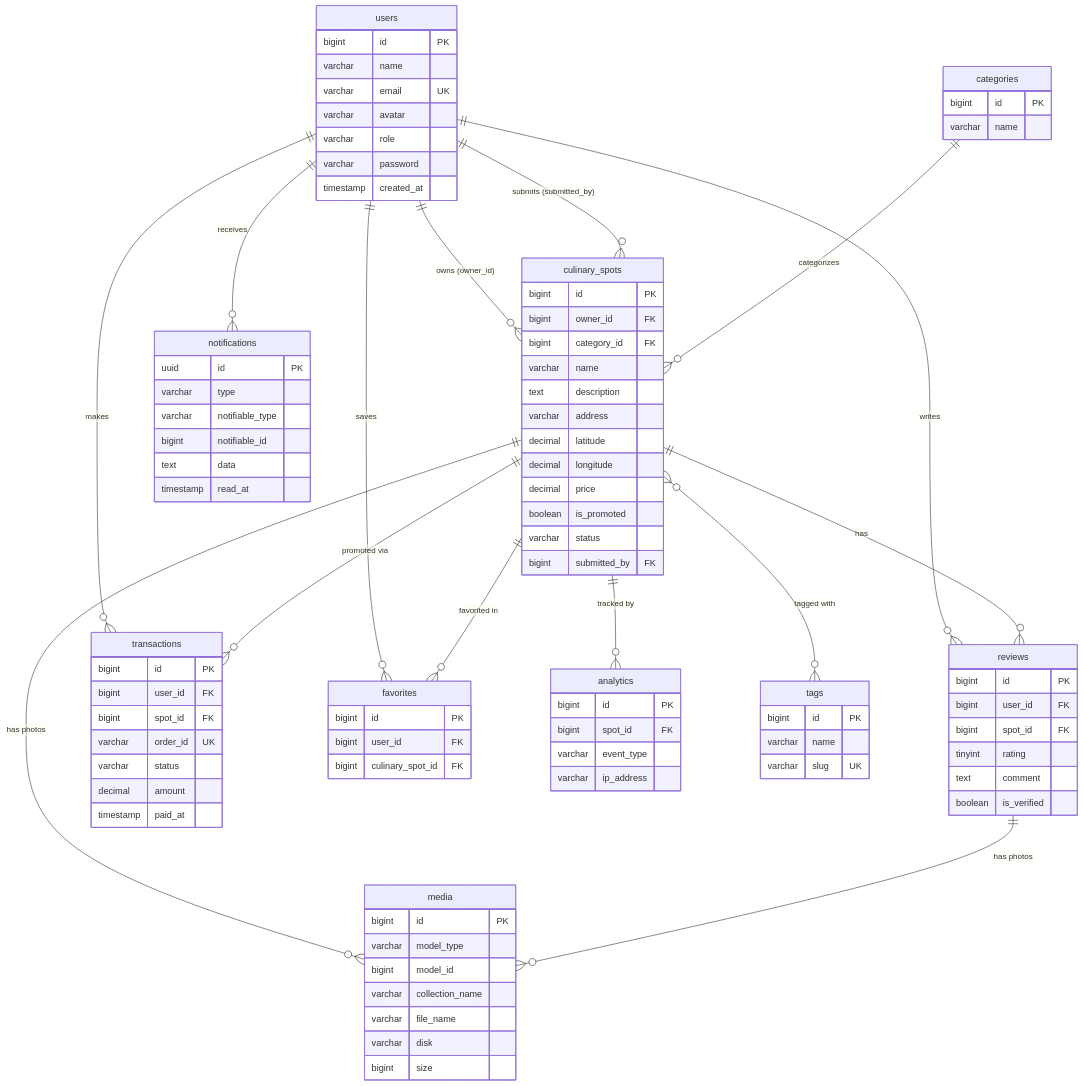
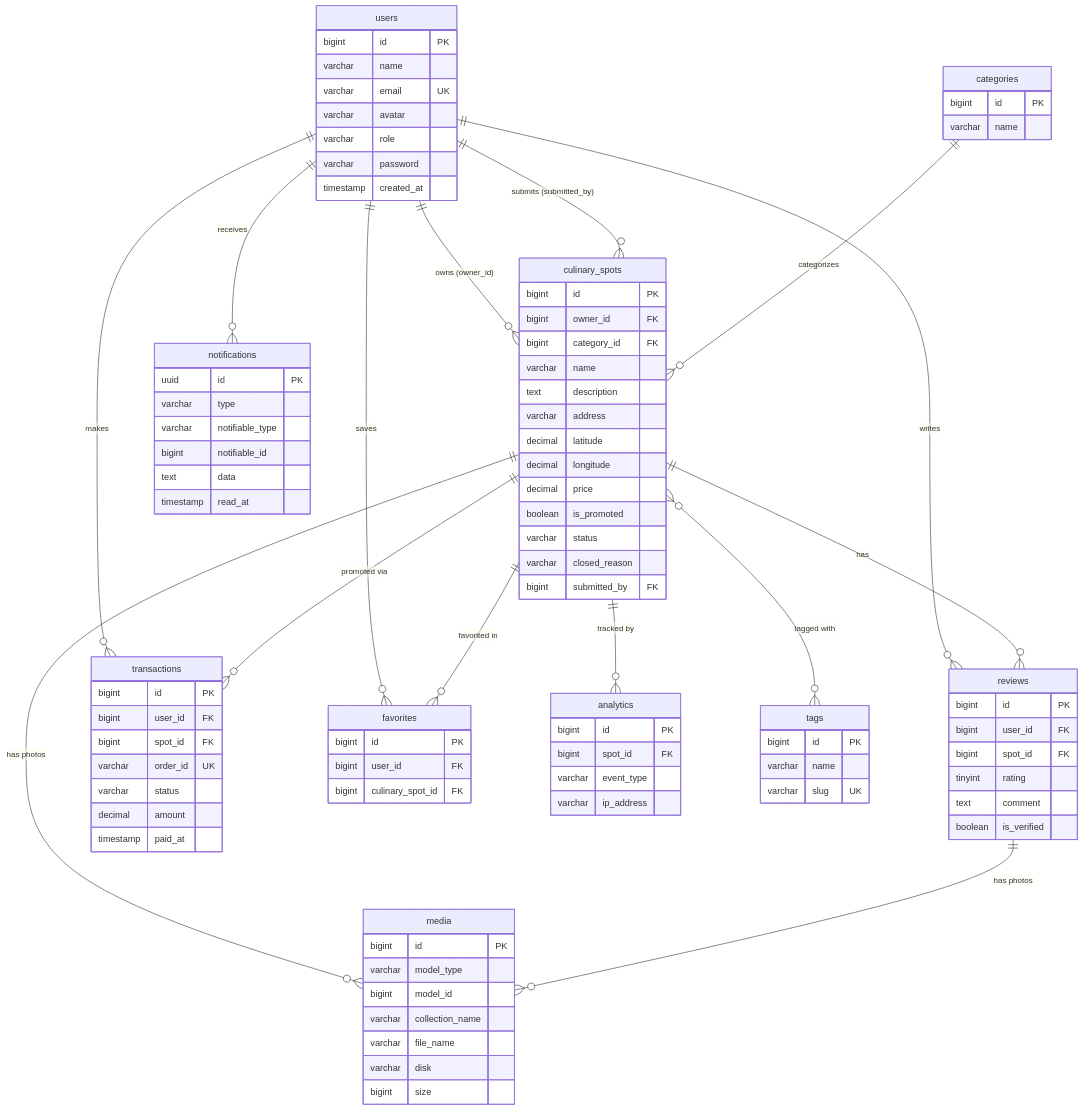
The diagram in README.md (ZhengDhitoX002/semarang-food-explorer), drawn with Mermaid before and after one commit. The commit also changed other lines of this file and 1 other file, not shown here.

```diff
--- a/README.md
+++ b/README.md
@@ -298,6 +315,7 @@
         decimal price
         boolean is_promoted
         varchar status
+        varchar closed_reason
         bigint submitted_by FK
     }
     reviews {
```
